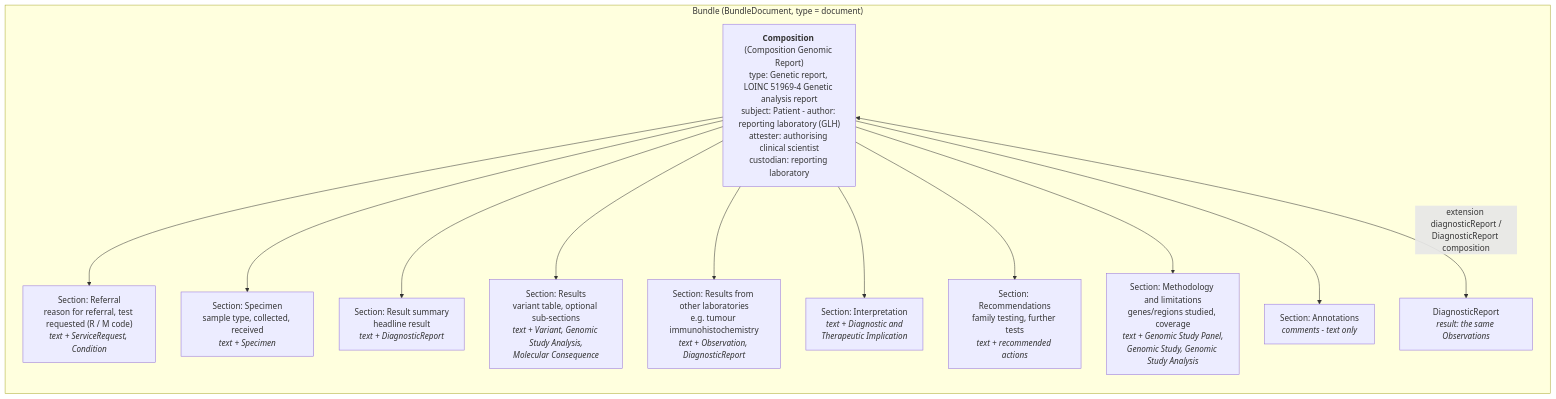
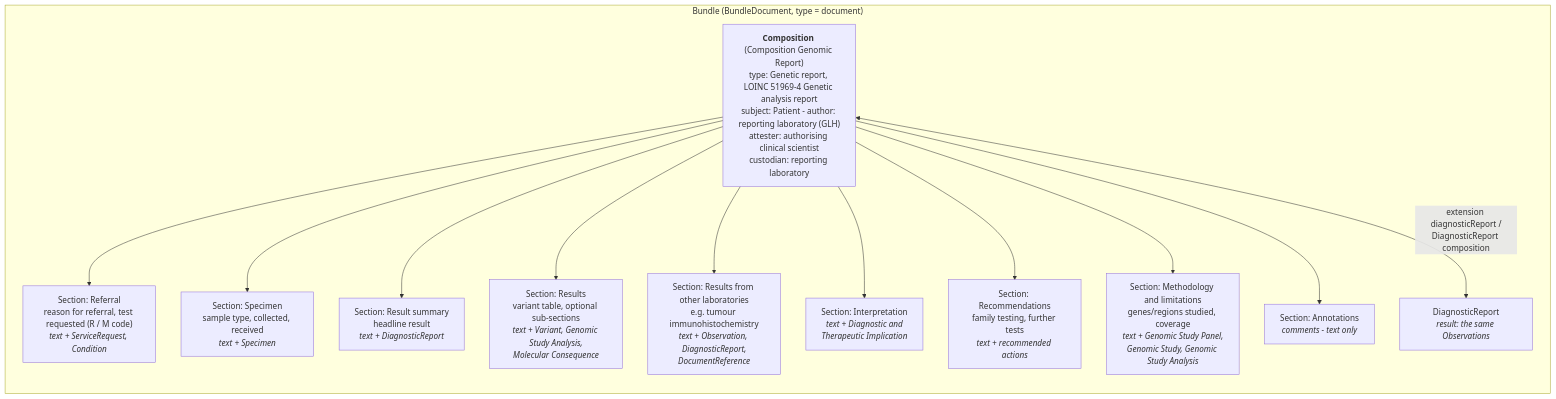
The first of 3 diagrams in input/pagecontent/StructureDefinition-Composition-GenomicReport-intro.md (nw-gmsa/nw-gmsa.github.com), drawn with Mermaid before and after one commit. The commit also changed other lines of this file and 4 other files, not shown here.

First line of the commit message:
Add WGS FHIR Document example with an external result as a DocumentReference

````diff
--- a/input/pagecontent/StructureDefinition-Composition-GenomicReport-intro.md
+++ b/input/pagecontent/StructureDefinition-Composition-GenomicReport-intro.md
@@ -94,29 +94,29 @@
 ```mermaid
 flowchart TB
     subgraph BUNDLE["Bundle (BundleDocument, type = document)"]
         direction TB
         COMP["<b>Composition</b> (Composition Genomic Report)<br/>type: Genetic report, LOINC 51969-4 Genetic analysis report<br/>subject: Patient - author: reporting laboratory (GLH)<br/>attester: authorising clinical scientist<br/>custodian: reporting laboratory"]
 
         S1["Section: Referral<br/>reason for referral, test requested (R / M code)<br/><i>text + ServiceRequest, Condition</i>"]
         S2["Section: Specimen<br/>sample type, collected, received<br/><i>text + Specimen</i>"]
         S3["Section: Result summary<br/>headline result<br/><i>text + DiagnosticReport</i>"]
         S4["Section: Results<br/>variant table, optional sub-sections<br/><i>text + Variant, Genomic Study Analysis,<br/>Molecular Consequence</i>"]
-        S8["Section: Results from other laboratories<br/>e.g. tumour immunohistochemistry<br/><i>text + Observation, DiagnosticReport</i>"]
+        S8["Section: Results from other laboratories<br/>e.g. tumour immunohistochemistry<br/><i>text + Observation, DiagnosticReport,<br/>DocumentReference</i>"]
         S5["Section: Interpretation<br/><i>text + Diagnostic and<br/>Therapeutic Implication</i>"]
         S6["Section: Recommendations<br/>family testing, further tests<br/><i>text + recommended actions</i>"]
         S7["Section: Methodology and limitations<br/>genes/regions studied, coverage<br/><i>text + Genomic Study Panel,<br/>Genomic Study, Genomic Study Analysis</i>"]
         S9["Section: Annotations<br/><i>comments - text only</i>"]
         DR["DiagnosticReport<br/><i>result: the same Observations</i>"]
     end
 
     COMP --> S1
     COMP --> S2
     COMP --> S3
     COMP --> S4
     COMP --> S8
     COMP --> S5
     COMP --> S6
     COMP --> S7
     COMP --> S9
     COMP <-->|"extension diagnosticReport /<br/>DiagnosticReport composition"| DR
 ```
````
